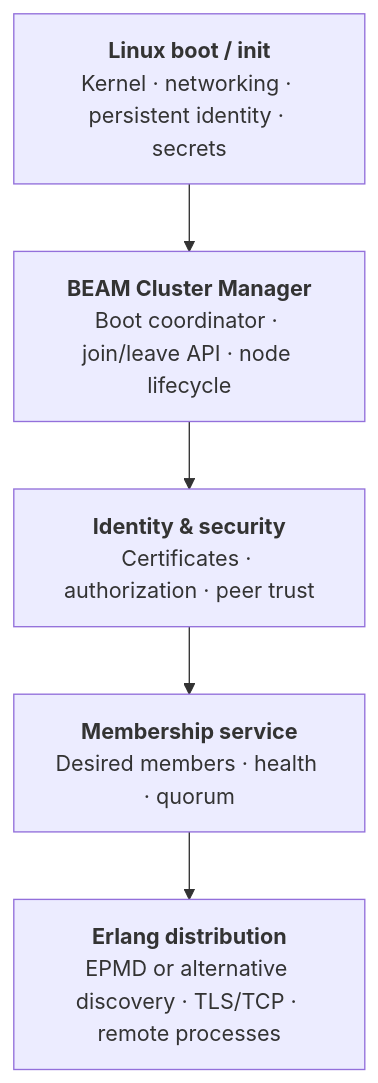
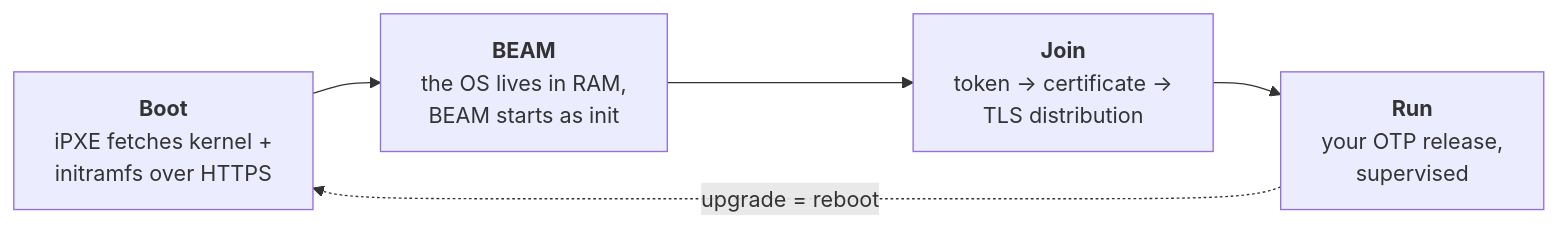
The diagram in README.md (jeanparpaillon/cubi), drawn with Mermaid before and after one commit. The commit also changed other lines of this file and 2 other files, not shown here.

````diff
--- a/README.md
+++ b/README.md
@@ -7,10 +39,9 @@
 ```mermaid
-flowchart TB
-    init["<b>Linux boot / init</b><br/>Kernel · networking · persistent identity · secrets"]
-    mgr["<b>BEAM Cluster Manager</b><br/>Boot coordinator · join/leave API · node lifecycle"]
-    sec["<b>Identity & security</b><br/>Certificates · authorization · peer trust"]
-    mem["<b>Membership service</b><br/>Desired members · health · quorum"]
-    dist["<b>Erlang distribution</b><br/>EPMD or alternative discovery · TLS/TCP · remote processes"]
-
-    init --> mgr --> sec --> mem --> dist
+flowchart LR
+    boot["<b>Boot</b><br/>iPXE fetches kernel +<br/>initramfs over HTTPS"]
+    beam["<b>BEAM</b><br/>the OS lives in RAM,<br/>BEAM starts as init"]
+    join["<b>Join</b><br/>token → certificate →<br/>TLS distribution"]
+    run["<b>Run</b><br/>your OTP release,<br/>supervised"]
+    boot --> beam --> join --> run
+    run -. "upgrade = reboot" .-> boot
 ```
````
